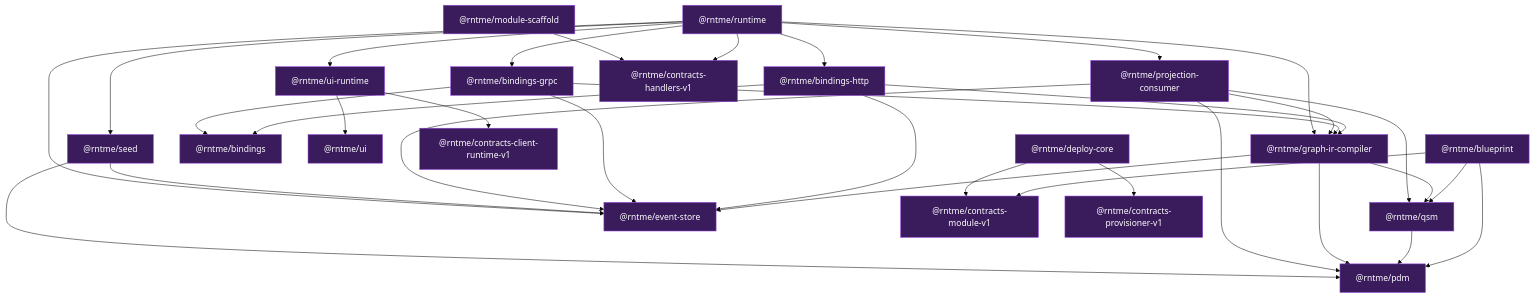
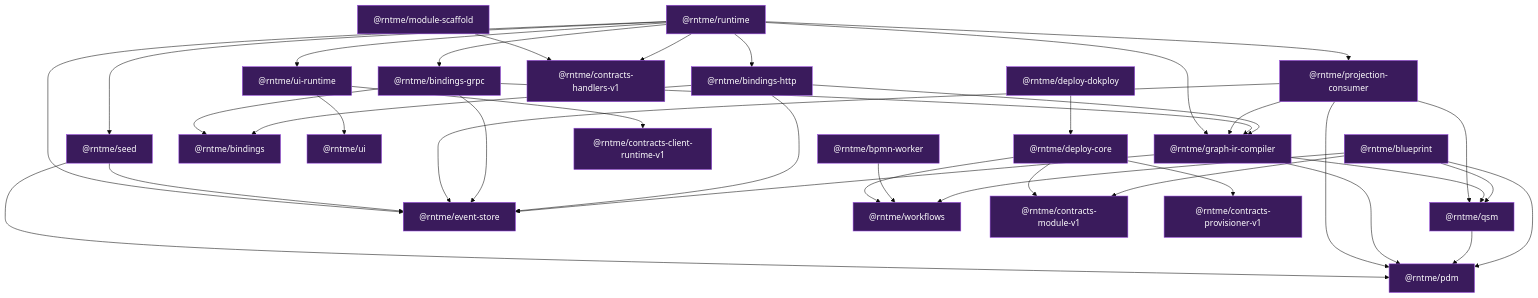
The second of 2 diagrams in README.md (vladprrs/rntme), drawn with Mermaid (base theme) before and after one commit. The commit also changed other lines of this file and 18 other files, not shown here.

Commit message:
docs: document provisioned bpmn workflows

````diff
--- a/README.md
+++ b/README.md
@@ -144,37 +149,42 @@
 ```mermaid
 flowchart TB
     classDef pkg fill:#3a1b5c,stroke:#9a4ae2,color:#fff;
     classDef demo fill:#1b5c3a,stroke:#4ae29a,color:#fff;
 
     BP["@rntme/blueprint"]:::pkg
     PDM["@rntme/pdm"]:::pkg
     QSM["@rntme/qsm"]:::pkg
     ES["@rntme/event-store"]:::pkg
     GIR["@rntme/graph-ir-compiler"]:::pkg
     B["@rntme/bindings"]:::pkg
+    WF["@rntme/workflows"]:::pkg
     BH["@rntme/bindings-http"]:::pkg
     BG["@rntme/bindings-grpc"]:::pkg
     UI["@rntme/ui"]:::pkg
     UIR["@rntme/ui-runtime"]:::pkg
     PC["@rntme/projection-consumer"]:::pkg
     SD["@rntme/seed"]:::pkg
     RT["@rntme/runtime"]:::pkg
+    BW["@rntme/bpmn-worker"]:::pkg
     MS["@rntme/module-scaffold"]:::pkg
     CMV1["@rntme/contracts-module-v1"]:::pkg
     CPV1["@rntme/contracts-provisioner-v1"]:::pkg
     CCRV1["@rntme/contracts-client-runtime-v1"]:::pkg
     CHV1["@rntme/contracts-handlers-v1"]:::pkg
     DC["@rntme/deploy-core"]:::pkg
+    DD["@rntme/deploy-dokploy"]:::pkg
 
-    BP --> PDM & QSM & CMV1
+    BP --> PDM & QSM & CMV1 & WF
     QSM --> PDM
     GIR --> PDM & QSM & ES
     BH --> B & GIR & ES
     BG --> B & GIR & ES
     UIR --> UI & CCRV1
     PC --> ES & GIR & PDM & QSM
     SD --> ES & PDM
     RT --> BH & BG & UIR & PC & SD & GIR & ES & CHV1
+    BW --> WF
     MS --> CHV1
-    DC --> CMV1 & CPV1
+    DC --> CMV1 & CPV1 & WF
+    DD --> DC
 ```
````
